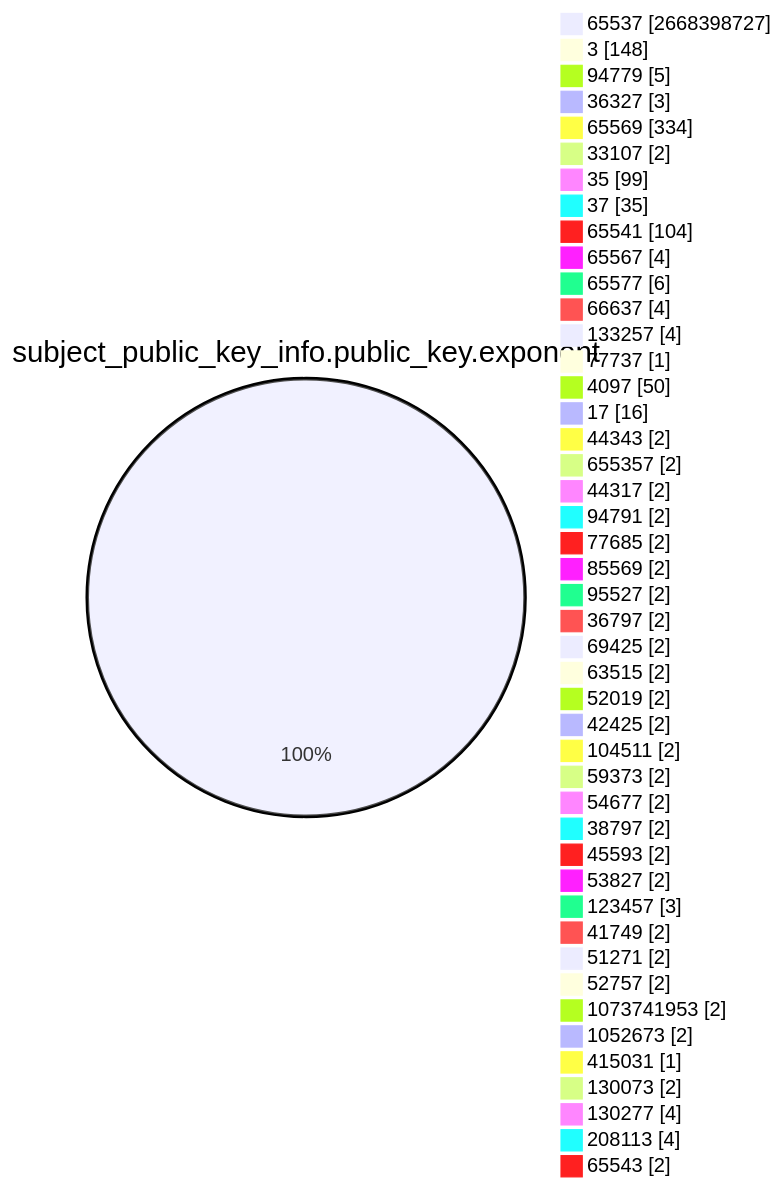
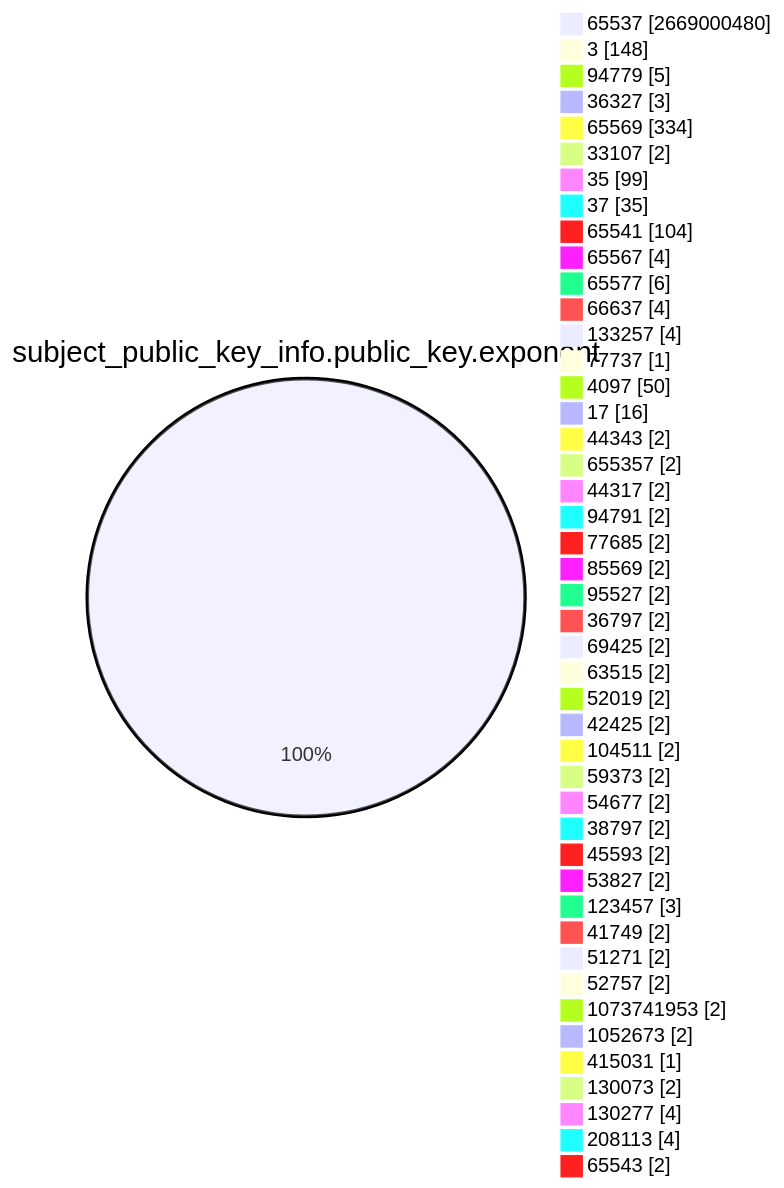
The fourth of 15 diagrams in TOTAL/README.md (christiankrug/ctmonitor_visualization), drawn with Mermaid before and after one commit. The commit also changed other lines of this file, not shown here.

````diff
--- a/TOTAL/README.md
+++ b/TOTAL/README.md
@@ -1467,49 +1467,49 @@
 ```mermaid
 pie showData
 title subject_public_key_info.public_key.exponent
-"65537" :2668398727
+"65537" :2669000480
 "3" :148
 "94779" :5
 "36327" :3
 "65569" :334
 "33107" :2
 "35" :99
 "37" :35
 "65541" :104
 "65567" :4
 "65577" :6
 "66637" :4
 "133257" :4
 "77737" :1
 "4097" :50
 "17" :16
 "44343" :2
 "655357" :2
 "44317" :2
 "94791" :2
 "77685" :2
 "85569" :2
 "95527" :2
 "36797" :2
 "69425" :2
 "63515" :2
 "52019" :2
 "42425" :2
 "104511" :2
 "59373" :2
 "54677" :2
 "38797" :2
 "45593" :2
 "53827" :2
 "123457" :3
 "41749" :2
 "51271" :2
 "52757" :2
 "1073741953" :2
 "1052673" :2
 "415031" :1
 "130073" :2
 "130277" :4
 "208113" :4
 "65543" :2
 ```
````
